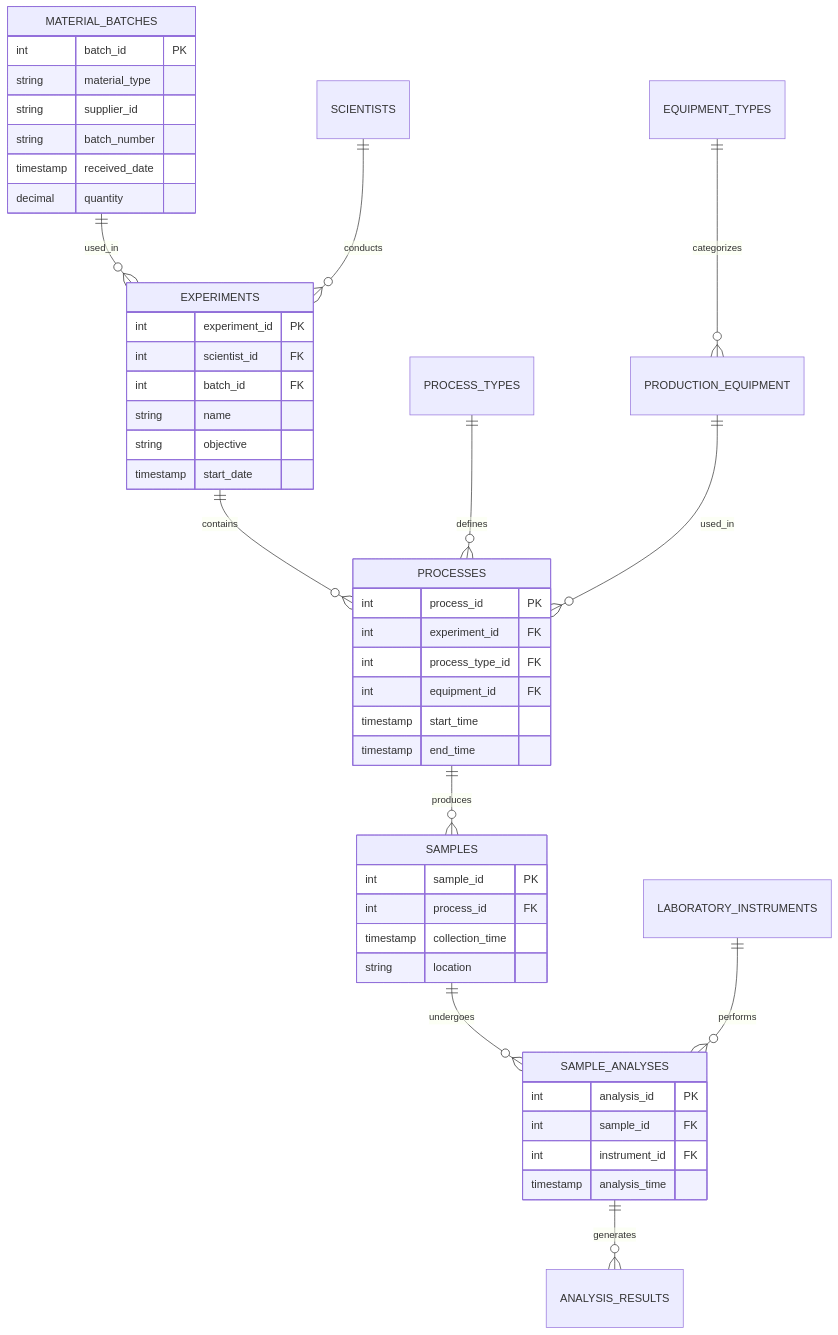
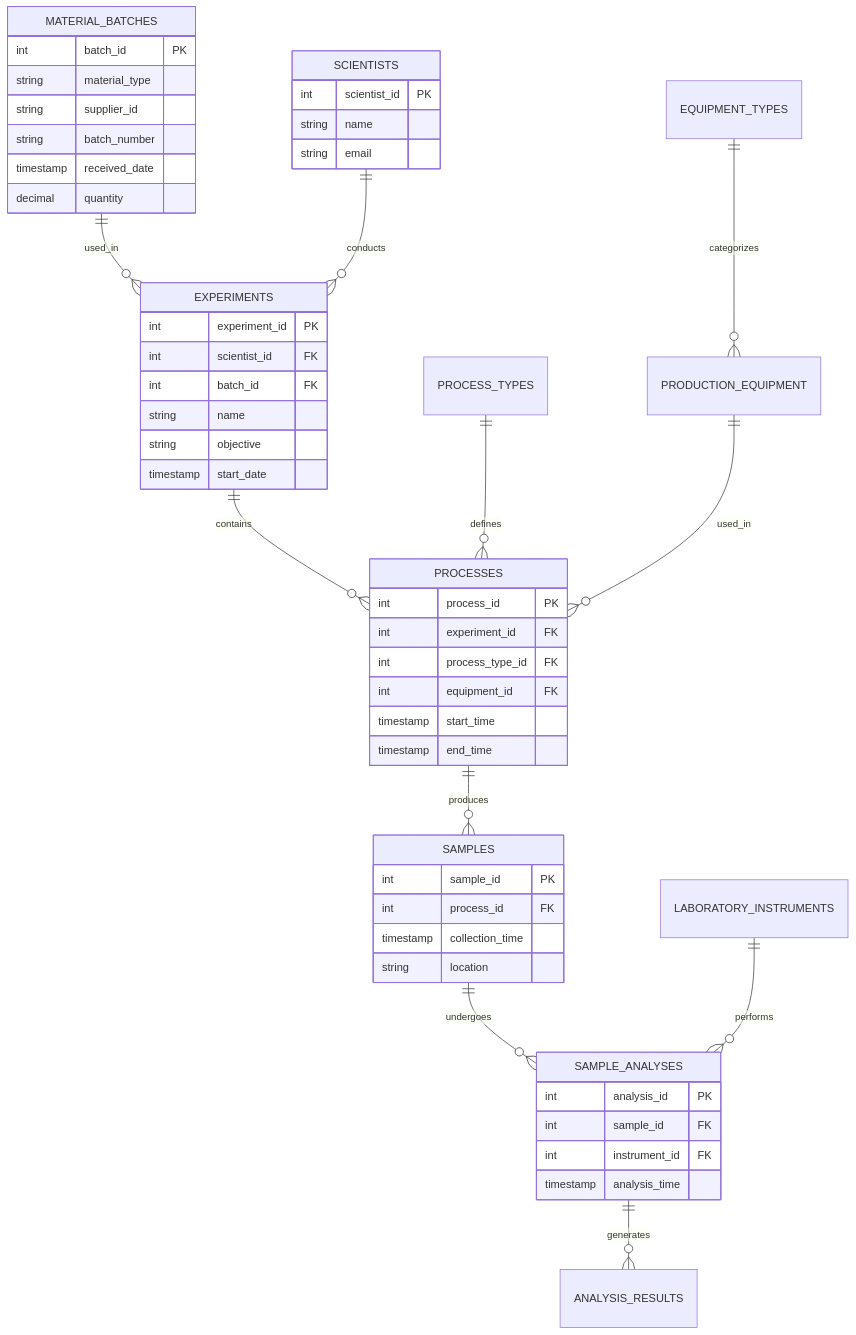
Before and after one commit to ojsindher/lab-database: the diagram in docs/ERD.md, drawn with Mermaid.

Commit message:
adding scientists

````diff
--- a/docs/ERD.md
+++ b/docs/ERD.md
@@ -3,54 +3,60 @@
 ```mermaid
 erDiagram
     MATERIAL_BATCHES ||--o{ EXPERIMENTS : "used_in"
     EXPERIMENTS ||--o{ PROCESSES : "contains"
     PROCESSES ||--o{ SAMPLES : "produces"
     SAMPLES ||--o{ SAMPLE_ANALYSES : "undergoes"
     SAMPLE_ANALYSES ||--o{ ANALYSIS_RESULTS : "generates"
     PROCESS_TYPES ||--o{ PROCESSES : "defines"
     EQUIPMENT_TYPES ||--o{ PRODUCTION_EQUIPMENT : "categorizes"
     PRODUCTION_EQUIPMENT ||--o{ PROCESSES : "used_in"
     LABORATORY_INSTRUMENTS ||--o{ SAMPLE_ANALYSES : "performs"
     SCIENTISTS ||--o{ EXPERIMENTS : "conducts"
     
     MATERIAL_BATCHES {
         int batch_id PK
         string material_type
         string supplier_id
         string batch_number
         timestamp received_date
         decimal quantity
+    }
+
+    SCIENTISTS  {
+        int scientist_id PK
+        string name
+        string email
     }
     
     EXPERIMENTS {
         int experiment_id PK
         int scientist_id FK
         int batch_id FK
         string name
         string objective
         timestamp start_date
     }
     
     PROCESSES {
         int process_id PK
         int experiment_id FK
         int process_type_id FK
         int equipment_id FK
         timestamp start_time
         timestamp end_time
     }
     
     SAMPLES {
         int sample_id PK
         int process_id FK
         timestamp collection_time
         string location
     }
     
     SAMPLE_ANALYSES {
         int analysis_id PK
         int sample_id FK
         int instrument_id FK
         timestamp analysis_time
     }
 ```
````
